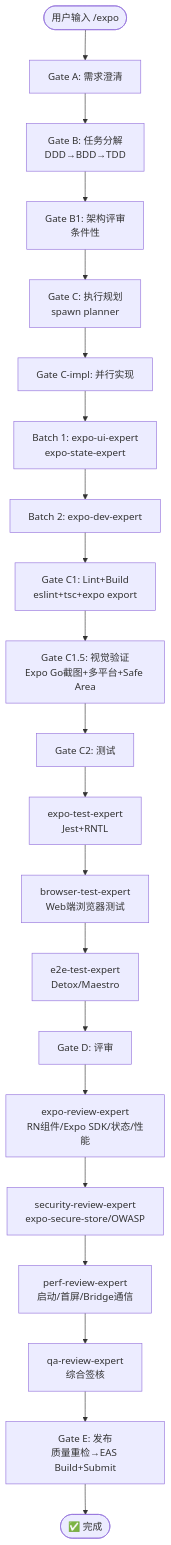
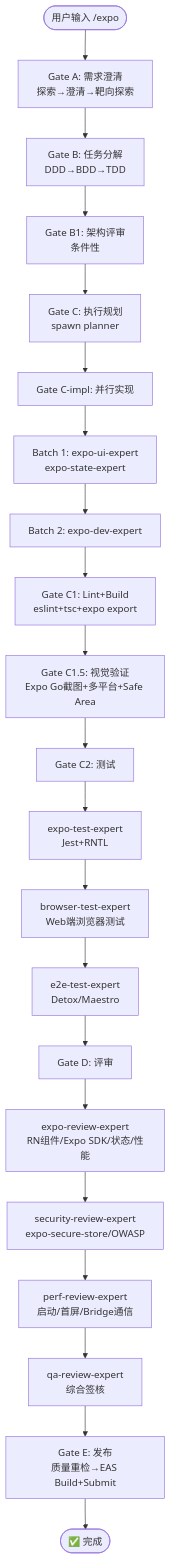
The diagram in docs/flows/expo.md (Wjl1224734792/Jarvis-Agent-Factory), drawn with Mermaid before and after one commit. The commit also changed 39 other files, not shown here.

````diff
--- a/docs/flows/expo.md
+++ b/docs/flows/expo.md
@@ -32,23 +32,23 @@
 ```mermaid
 flowchart TD
-    START([用户输入 /expo]) --> A[Gate A: 需求澄清]
+    START([用户输入 /expo]) --> A[Gate A: 需求澄清<br/>探索→澄清→靶向探索]
     A --> B[Gate B: 任务分解<br/>DDD→BDD→TDD]
     B --> B1[Gate B1: 架构评审<br/>条件性]
     B1 --> C[Gate C: 执行规划<br/>spawn planner]
     C --> CI[Gate C-impl: 并行实现]
     CI --> CI1[Batch 1: expo-ui-expert<br/>expo-state-expert]
     CI1 --> CI2[Batch 2: expo-dev-expert]
     CI2 --> C1[Gate C1: Lint+Build<br/>eslint+tsc+expo export]
     C1 --> C15[Gate C1.5: 视觉验证<br/>Expo Go截图+多平台+Safe Area]
     C15 --> C2[Gate C2: 测试]
     C2 --> C2A[expo-test-expert<br/>Jest+RNTL]
     C2A --> C2B[browser-test-expert<br/>Web端浏览器测试]
     C2B --> C2C[e2e-test-expert<br/>Detox/Maestro]
     C2C --> D[Gate D: 评审]
     D --> D1[expo-review-expert<br/>RN组件/Expo SDK/状态/性能]
     D1 --> D2[security-review-expert<br/>expo-secure-store/OWASP]
     D2 --> D3[perf-review-expert<br/>启动/首屏/Bridge通信]
     D3 --> D4[qa-review-expert<br/>综合签核]
     D4 --> E[Gate E: 发布<br/>质量重检→EAS Build+Submit]
     E --> DONE([✅ 完成])
 ```
````
